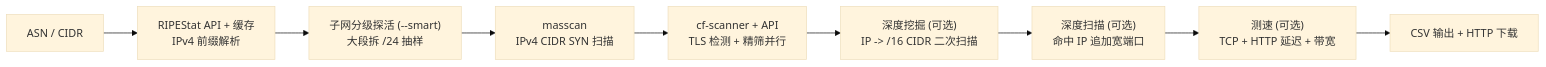
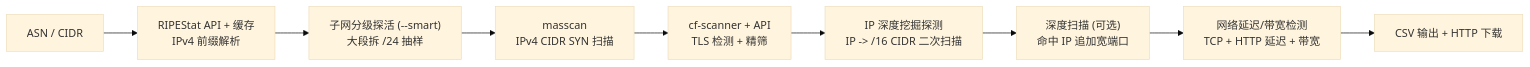
One commit to xiaoqian-1001/IP-Tidy changed the diagram in README.md. Above: the diagram before and after it, drawn with Mermaid (base theme). The commit also changed other lines of this file and 1 other file, not shown here.

````diff
--- a/README.md
+++ b/README.md
@@ -105,11 +102,11 @@
 ```mermaid
 graph LR
     A["ASN / CIDR"] --> B["RIPEStat API + 缓存<br/>IPv4 前缀解析"]
     B --> C["子网分级探活 (--smart)<br/>大段拆 /24 抽样"]
     C --> D["masscan<br/>IPv4 CIDR SYN 扫描"]
-    D --> E["cf-scanner + API<br/>TLS 检测 + 精筛并行"]
-    E --> F["深度挖掘 (可选)<br/>IP -> /16 CIDR 二次扫描"]
+    D --> E["cf-scanner + API<br/>TLS 检测 + 精筛"]
+    E --> F["IP 深度挖掘探测<br/>IP -> /16 CIDR 二次扫描"]
     F --> G["深度扫描 (可选)<br/>命中 IP 追加宽端口"]
-    G --> H["测速 (可选)<br/>TCP + HTTP 延迟 + 带宽"]
+    G --> H["网络延迟/带宽检测<br/>TCP + HTTP 延迟 + 带宽"]
     H --> I["CSV 输出 + HTTP 下载"]
 ```
````
